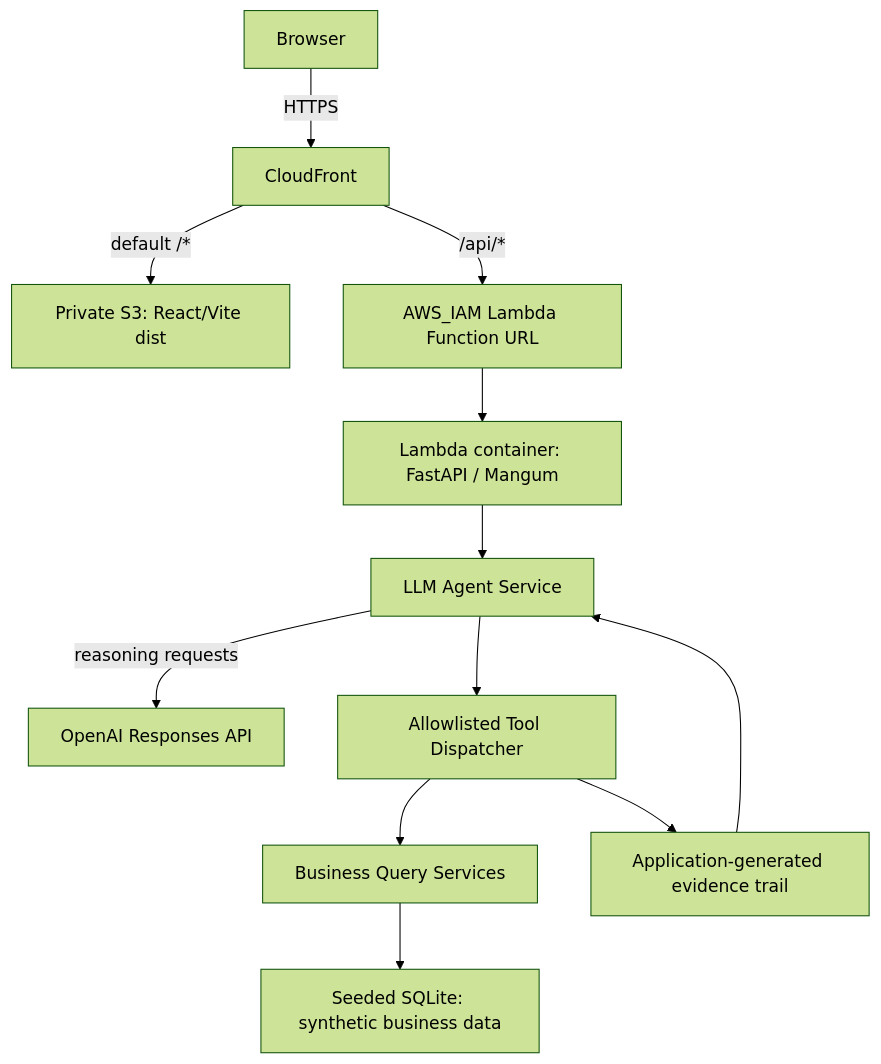
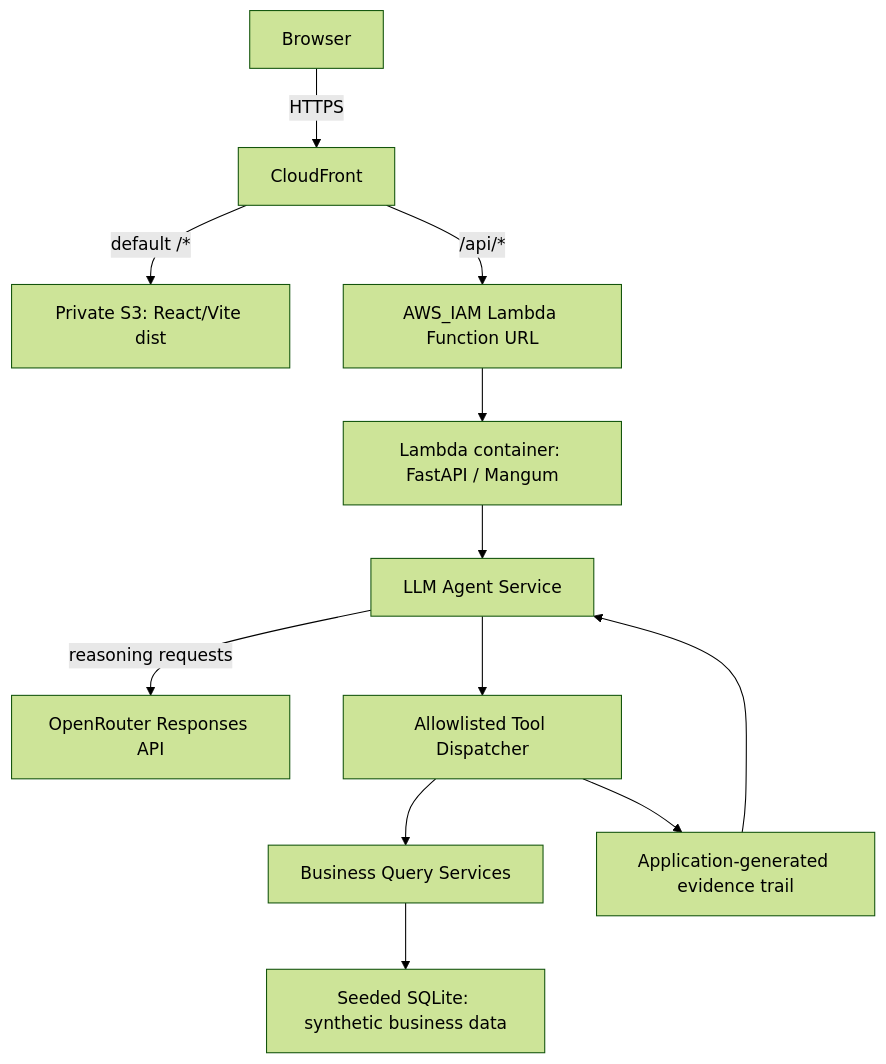
The diagram in README.md (yi0805/opspilot), drawn with Mermaid (forest theme) before and after one commit. The commit also changed other lines of this file and 5 other files, not shown here.

First line of the commit message:
docs: close out OpenRouter production verification (#15)

````diff
--- a/README.md
+++ b/README.md
@@ -43,14 +43,14 @@
 ```mermaid
 flowchart TD
     Browser[Browser] -->|HTTPS| CDN[CloudFront]
     CDN -->|default /*| S3[Private S3: React/Vite dist]
     CDN -->|/api/*| FunctionUrl[AWS_IAM Lambda Function URL]
     FunctionUrl --> Lambda[Lambda container: FastAPI / Mangum]
     Lambda --> Agent[LLM Agent Service]
-    Agent -->|reasoning requests| OpenAI[OpenAI Responses API]
+    Agent -->|reasoning requests| OpenRouter[OpenRouter Responses API]
     Agent --> Dispatcher[Allowlisted Tool Dispatcher]
     Dispatcher --> Queries[Business Query Services]
     Queries --> Data[Seeded SQLite: synthetic business data]
     Dispatcher --> Evidence[Application-generated evidence trail]
     Evidence --> Agent
 ```
````
